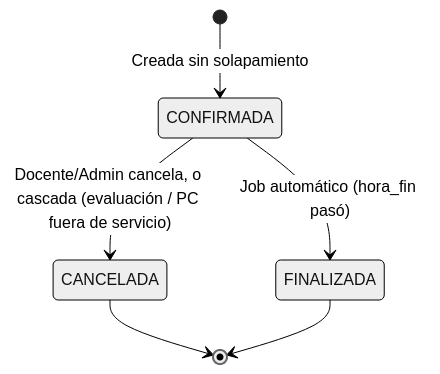
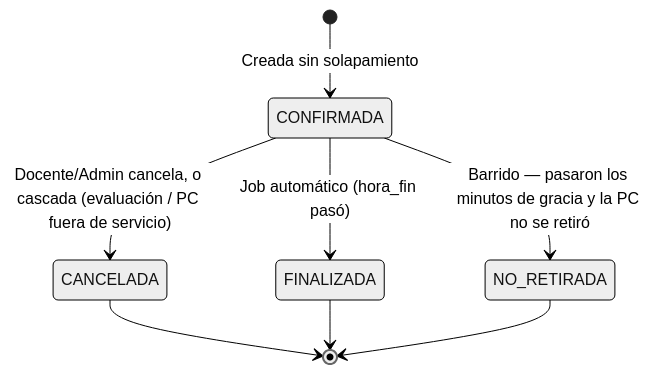
One commit to agustin-y2k/sgrc changed the second of 5 diagrams in docs/05-diagramas-estado.md. Above: the diagram before and after it, drawn with Mermaid (neutral theme). The commit also changed other lines of this file and 105 other files, not shown here.

````diff
--- a/docs/05-diagramas-estado.md
+++ b/docs/05-diagramas-estado.md
@@ -25,8 +25,10 @@
 ```mermaid
 stateDiagram-v2
     [*] --> CONFIRMADA: Creada sin solapamiento
     CONFIRMADA --> CANCELADA: Docente/Admin cancela, o cascada (evaluación / PC fuera de servicio)
     CONFIRMADA --> FINALIZADA: Job automático (hora_fin pasó)
+    CONFIRMADA --> NO_RETIRADA: Barrido — pasaron los minutos de gracia y la PC no se retiró
     CANCELADA --> [*]
     FINALIZADA --> [*]
+    NO_RETIRADA --> [*]
 ```
````
